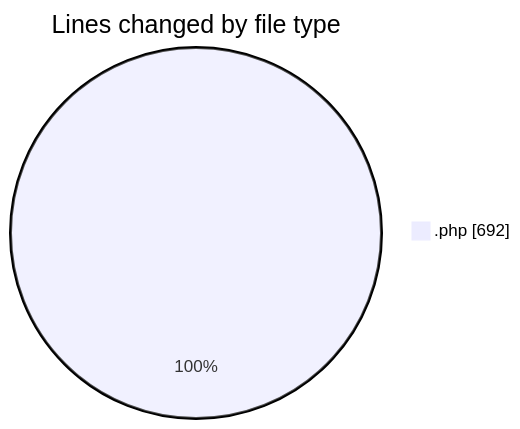
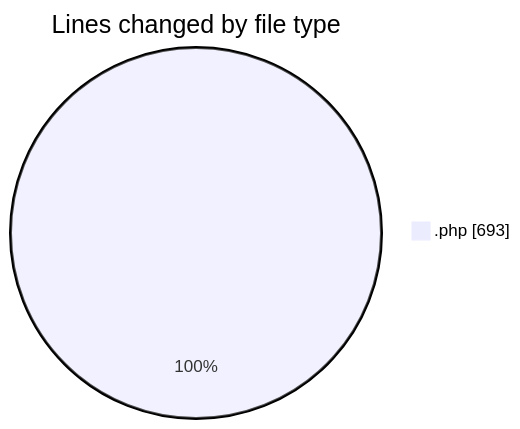
The first of 2 diagrams in 2026-09-15/web/README.md (LanceThiago/code-tracking), drawn with Mermaid before and after one commit. The commit also changed other lines of this file and 1 other file, not shown here.

````diff
--- a/2026-09-15/web/README.md
+++ b/2026-09-15/web/README.md
@@ -24,5 +24,5 @@
 ```mermaid
 pie showData
 title Lines changed by file type
-".php" : 692
+".php" : 693
 ```
````
